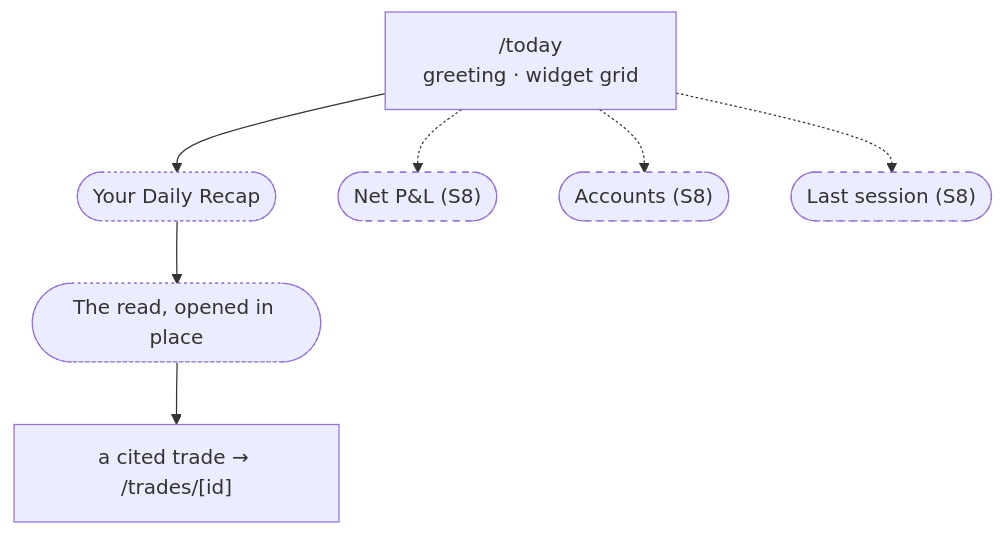
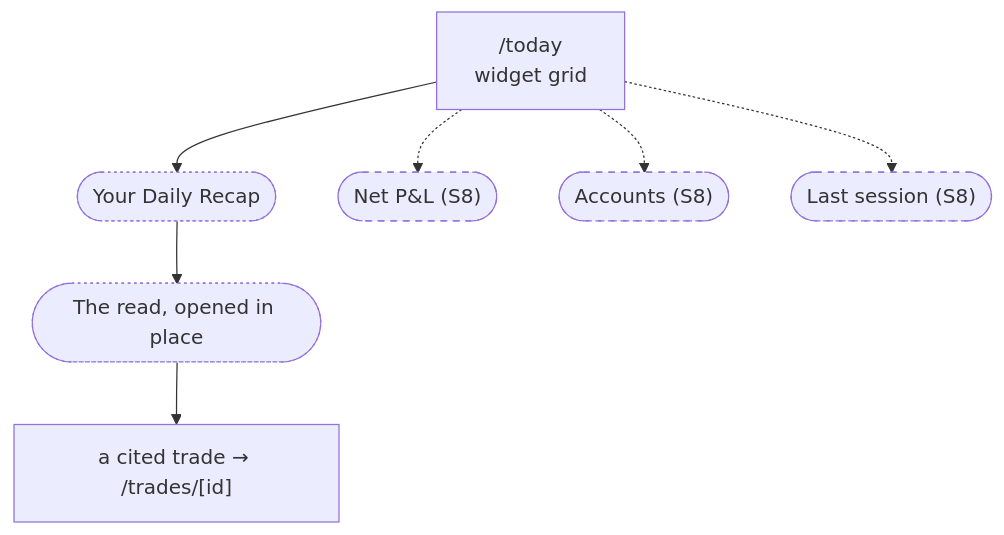
Diagram 12 of 15 in docs/user-guide.md (modryn-studio/run-rebuild), drawn with Mermaid before and after one commit. The commit also changed other lines of this file and 19 other files, not shown here.

````diff
--- a/docs/user-guide.md
+++ b/docs/user-guide.md
@@ -400,16 +400,16 @@
 ```mermaid
 flowchart TD
-  Today["/today<br/>greeting · widget grid"]
+  Today["/today<br/>widget grid"]
   Today --> Recap(["Your Daily Recap"])
   Recap --> Read(["The read, opened in place"])
   Read --> Trade["a cited trade → /trades/[id]"]
   Today -.-> NetPnl(["Net P&L (S8)"])
   Today -.-> Accts(["Accounts (S8)"])
   Today -.-> Last(["Last session (S8)"])
 
   style Recap stroke-dasharray: 2 3
   style Read stroke-dasharray: 2 3
   style NetPnl stroke-dasharray: 5 5
   style Accts stroke-dasharray: 5 5
   style Last stroke-dasharray: 5 5
 ```
````
